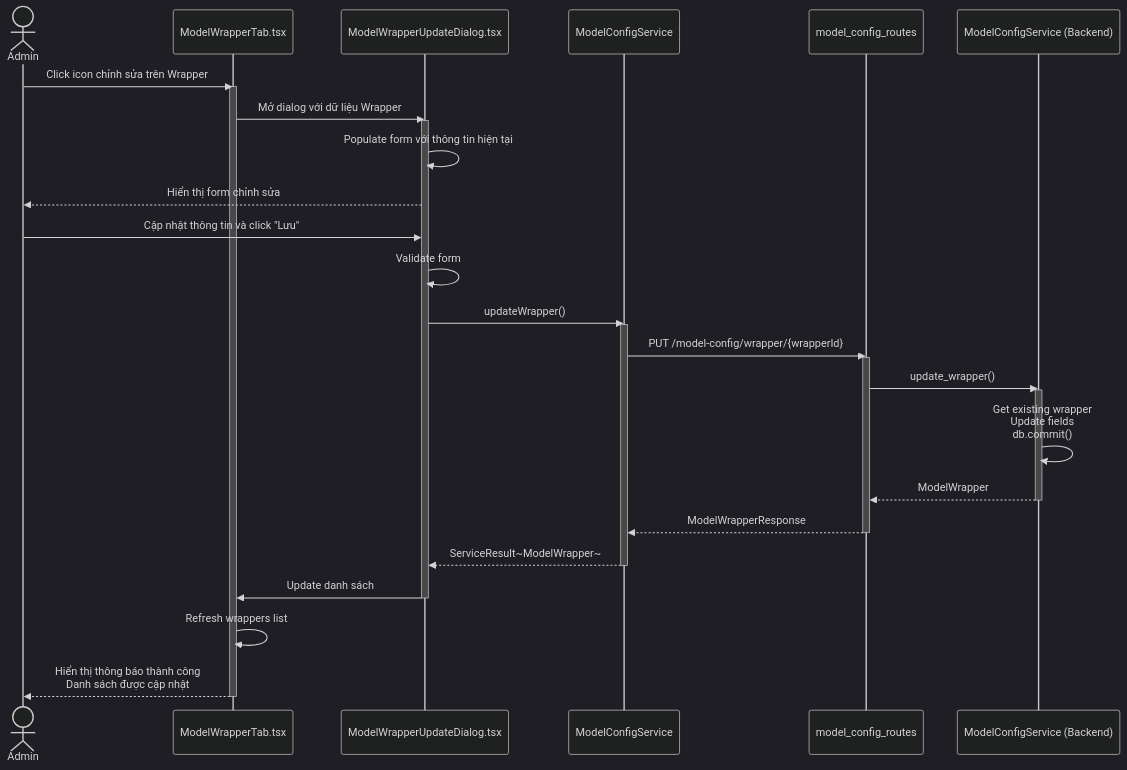
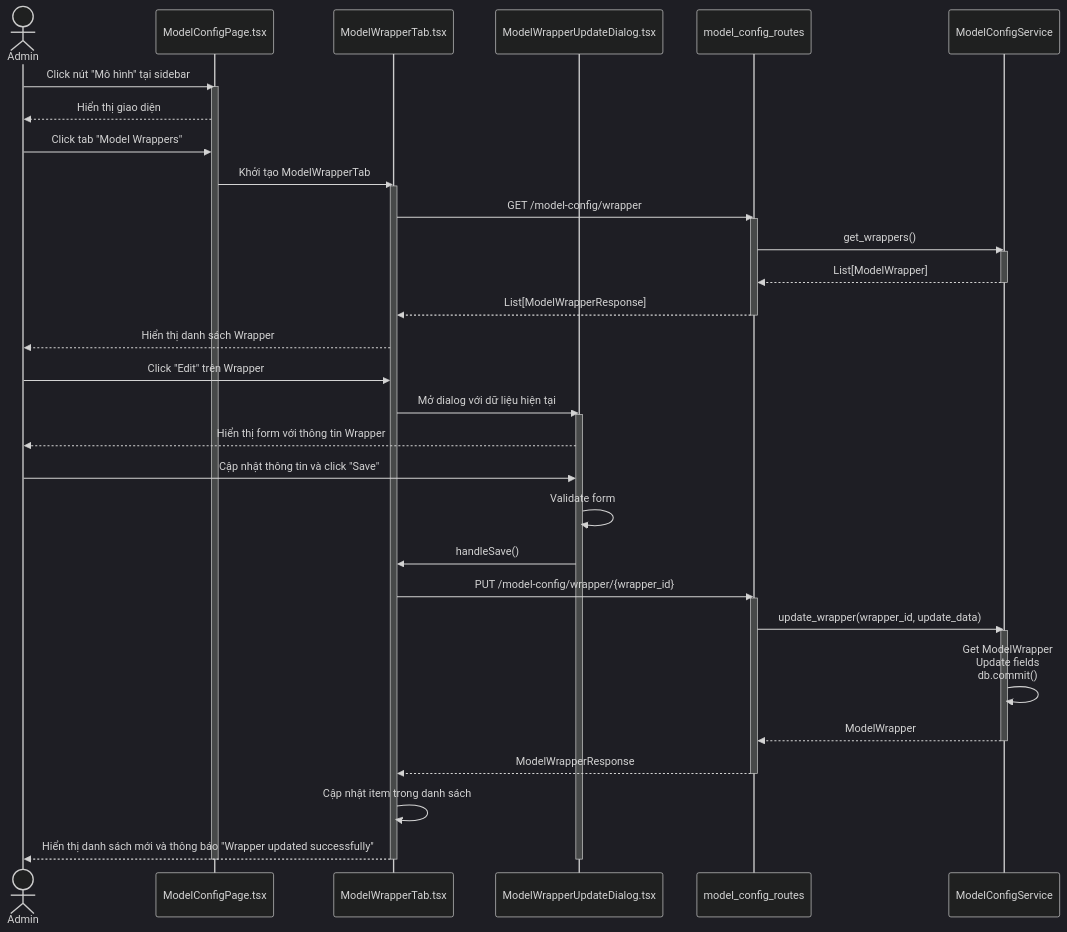
Before and after one commit to mduc-2610/gp_doc: the ninth of 10 diagrams in model_config/4_model_config_seq.md, drawn with Mermaid (dark theme). The commit also changed other lines of this file and 12 other files, not shown here.

Commit message:
refactor scenario and sequence

````diff
--- a/model_config/4_model_config_seq.md
+++ b/model_config/4_model_config_seq.md
@@ -322,49 +491,56 @@
 ```mermaid
 sequenceDiagram
     actor Admin
+    participant ModelConfigPage as ModelConfigPage.tsx
     participant ModelWrapperTab as ModelWrapperTab.tsx
     participant ModelWrapperUpdateDialog as ModelWrapperUpdateDialog.tsx
+    participant ModelConfigRoutes as model_config_routes
     participant ModelConfigService as ModelConfigService
-    participant ModelConfigRoutes as model_config_routes
-    participant ModelConfigBackendService as ModelConfigService (Backend)
 
-    Admin->>ModelWrapperTab: Click icon chỉnh sửa trên Wrapper
+    Admin->>ModelConfigPage: Click nút "Mô hình" tại sidebar
+    activate ModelConfigPage
+    ModelConfigPage-->>Admin: Hiển thị giao diện
+    
+    Admin->>ModelConfigPage: Click tab "Model Wrappers"
+    ModelConfigPage->>ModelWrapperTab: Khởi tạo ModelWrapperTab
     activate ModelWrapperTab
     
-    ModelWrapperTab->>ModelWrapperUpdateDialog: Mở dialog với dữ liệu Wrapper
+    ModelWrapperTab->>ModelConfigRoutes: GET /model-config/wrapper
+    activate ModelConfigRoutes
+    ModelConfigRoutes->>ModelConfigService: get_wrappers()
+    activate ModelConfigService
+    ModelConfigService-->>ModelConfigRoutes: List[ModelWrapper]
+    deactivate ModelConfigService
+    ModelConfigRoutes-->>ModelWrapperTab: List[ModelWrapperResponse]
+    deactivate ModelConfigRoutes
+    
+    ModelWrapperTab-->>Admin: Hiển thị danh sách Wrapper
+    
+    Admin->>ModelWrapperTab: Click "Edit" trên Wrapper
+    ModelWrapperTab->>ModelWrapperUpdateDialog: Mở dialog với dữ liệu hiện tại
     activate ModelWrapperUpdateDialog
+    ModelWrapperUpdateDialog-->>Admin: Hiển thị form với thông tin Wrapper
     
-    ModelWrapperUpdateDialog->>ModelWrapperUpdateDialog: Populate form với thông tin hiện tại
-    ModelWrapperUpdateDialog-->>Admin: Hiển thị form chỉnh sửa
+    Admin->>ModelWrapperUpdateDialog: Cập nhật thông tin và click "Save"
+    ModelWrapperUpdateDialog->>ModelWrapperUpdateDialog: Validate form
+    ModelWrapperUpdateDialog->>ModelWrapperTab: handleSave()
     
-    Admin->>ModelWrapperUpdateDialog: Cập nhật thông tin và click "Lưu"
-    
-    ModelWrapperUpdateDialog->>ModelWrapperUpdateDialog: Validate form
-    
-    ModelWrapperUpdateDialog->>ModelConfigService: updateWrapper()
+    ModelWrapperTab->>ModelConfigRoutes: PUT /model-config/wrapper/{wrapper_id}
+    activate ModelConfigRoutes
+    ModelConfigRoutes->>ModelConfigService: update_wrapper(wrapper_id, update_data)
     activate ModelConfigService
     
-    ModelConfigService->>ModelConfigRoutes: PUT /model-config/wrapper/{wrapperId}
-    activate ModelConfigRoutes
+    ModelConfigService->>ModelConfigService: Get ModelWrapper<br/>Update fields<br/>db.commit()
     
-    ModelConfigRoutes->>ModelConfigBackendService: update_wrapper()
-    activate ModelConfigBackendService
-    
-    ModelConfigBackendService->>ModelConfigBackendService: Get existing wrapper<br/>Update fields<br/>db.commit()
-    
-    ModelConfigBackendService-->>ModelConfigRoutes: ModelWrapper
-    deactivate ModelConfigBackendService
-    
-    ModelConfigRoutes-->>ModelConfigService: ModelWrapperResponse
+    ModelConfigService-->>ModelConfigRoutes: ModelWrapper
+    deactivate ModelConfigService
+    ModelConfigRoutes-->>ModelWrapperTab: ModelWrapperResponse
     deactivate ModelConfigRoutes
     
-    ModelConfigService-->>ModelWrapperUpdateDialog: ServiceResult~ModelWrapper~
-    deactivate ModelConfigService
+    ModelWrapperTab->>ModelWrapperTab: Cập nhật item trong danh sách
+    ModelWrapperTab-->>Admin: Hiển thị danh sách mới và thông báo "Wrapper updated successfully"
     
-    ModelWrapperUpdateDialog->>ModelWrapperTab: Update danh sách
     deactivate ModelWrapperUpdateDialog
-    
-    ModelWrapperTab->>ModelWrapperTab: Refresh wrappers list
-    ModelWrapperTab-->>Admin: Hiển thị thông báo thành công<br/>Danh sách được cập nhật
     deactivate ModelWrapperTab
+    deactivate ModelConfigPage
 ```
````
